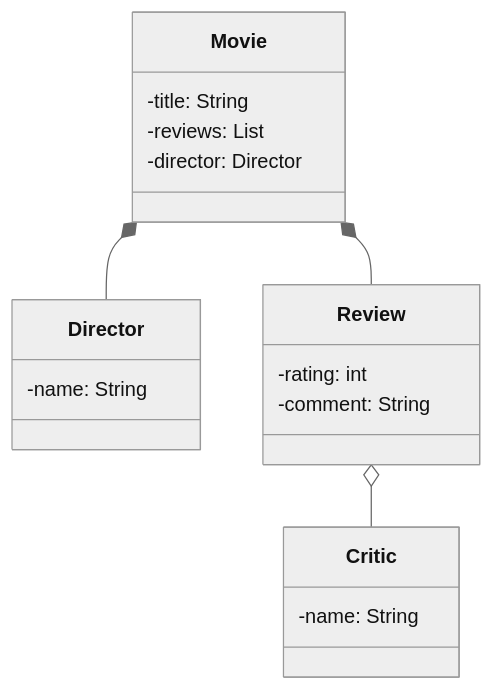
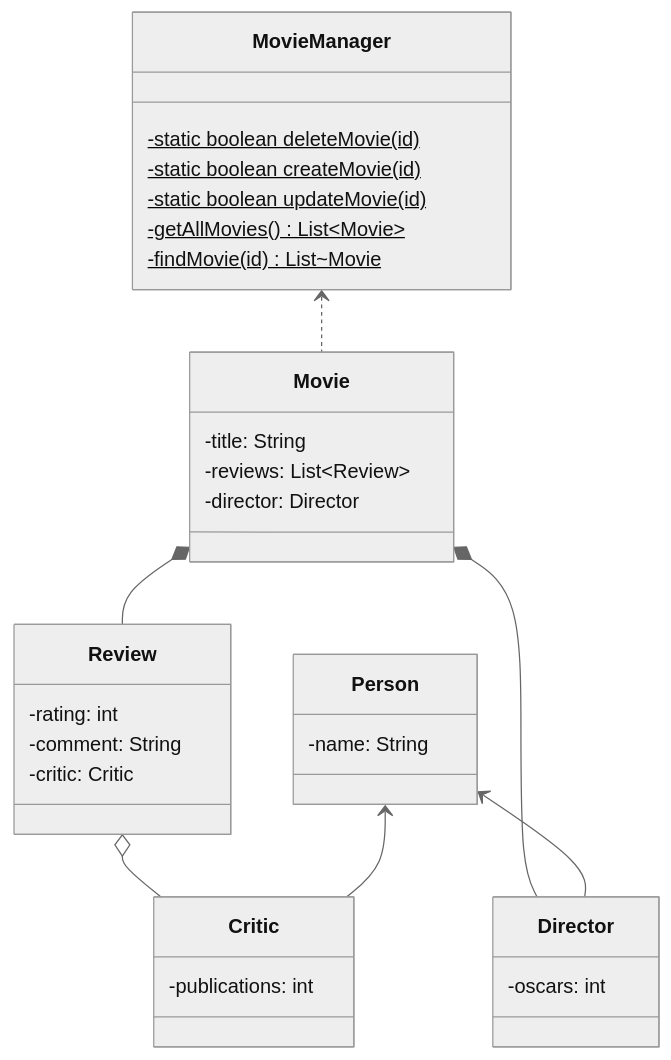
One commit to AlbertProfe/CifoJava2023 changed the diagram in MovieManger/uml.md. Above: the diagram before and after it, drawn with Mermaid (neutral theme). The commit also changed 1 other file, not shown here.

Commit message:
Commit #7 #feat: UML and comments

````diff
--- a/MovieManger/uml.md
+++ b/MovieManger/uml.md
@@ -3,23 +3,40 @@
 ``` mermaid
 classDiagram
   class Movie {
     -title: String
-    -reviews: List<Review>
+    -reviews: List~Review~
     -director: Director
   }
+  
   class Critic {
-    -name: String
+    -publications: int
   }
   
   class Director {
-    -name: String
+    -oscars: int
   }
   class Review {
     -rating: int
     -comment: String
+    -critic: Critic
   }
+  class Person {
+    -name: String
+  }
+  
+  class MovieManager {
+    -static boolean deleteMovie(id)$
+    -static boolean createMovie(id)$
+    -static boolean updateMovie(id)$
+    -getAllMovies()$ List~Movie~
+    -findMovie(id)$ List~Movie
+  }
+  
+  MovieManager <.. Movie
   Movie *-- Review
   Movie *-- Director
   Review o-- Critic
+  Person <-- Director
+  Person <-- Critic
 
 ```
````
